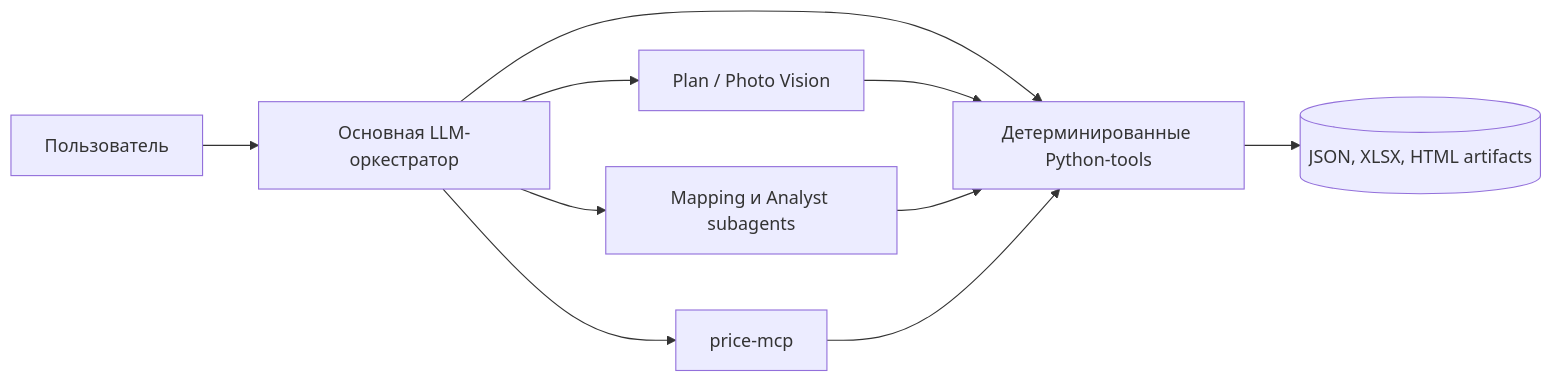
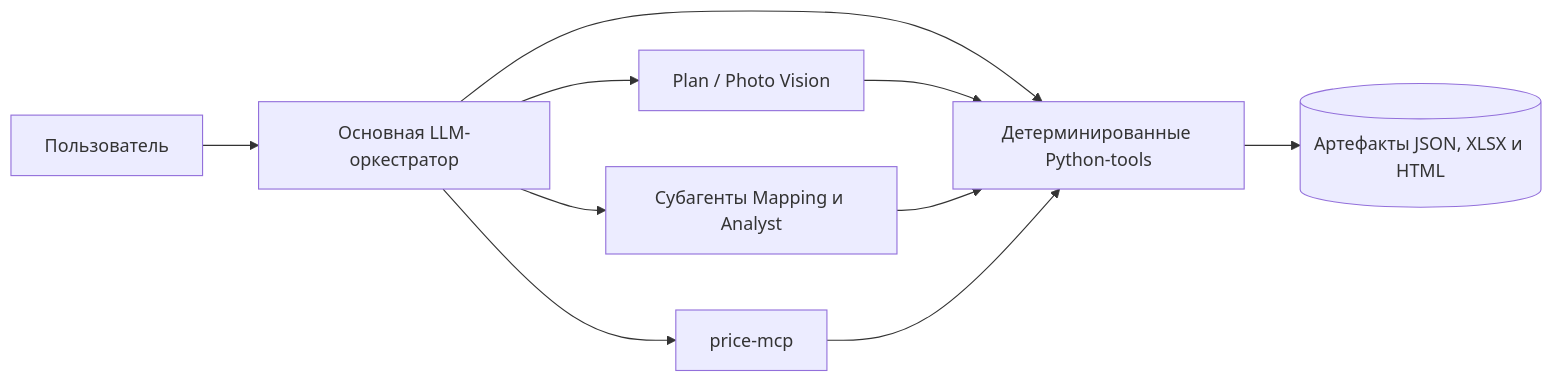
The diagram in README.md (MichaelDavislol/construction_audit_mvp), drawn with Mermaid before and after one commit. The commit also changed other lines of this file and 97 other files, not shown here.

````diff
--- a/README.md
+++ b/README.md
@@ -62,12 +68,12 @@
 ```mermaid
 flowchart LR
     U[Пользователь] --> O[Основная LLM-оркестратор]
     O --> V[Plan / Photo Vision]
-    O --> M[Mapping и Analyst subagents]
+    O --> M[Субагенты Mapping и Analyst]
     O --> P[Детерминированные Python-tools]
     O --> C[price-mcp]
     V --> P
     M --> P
     C --> P
-    P --> A[(JSON, XLSX, HTML artifacts)]
+    P --> A[(Артефакты JSON, XLSX и HTML)]
 ```
````
